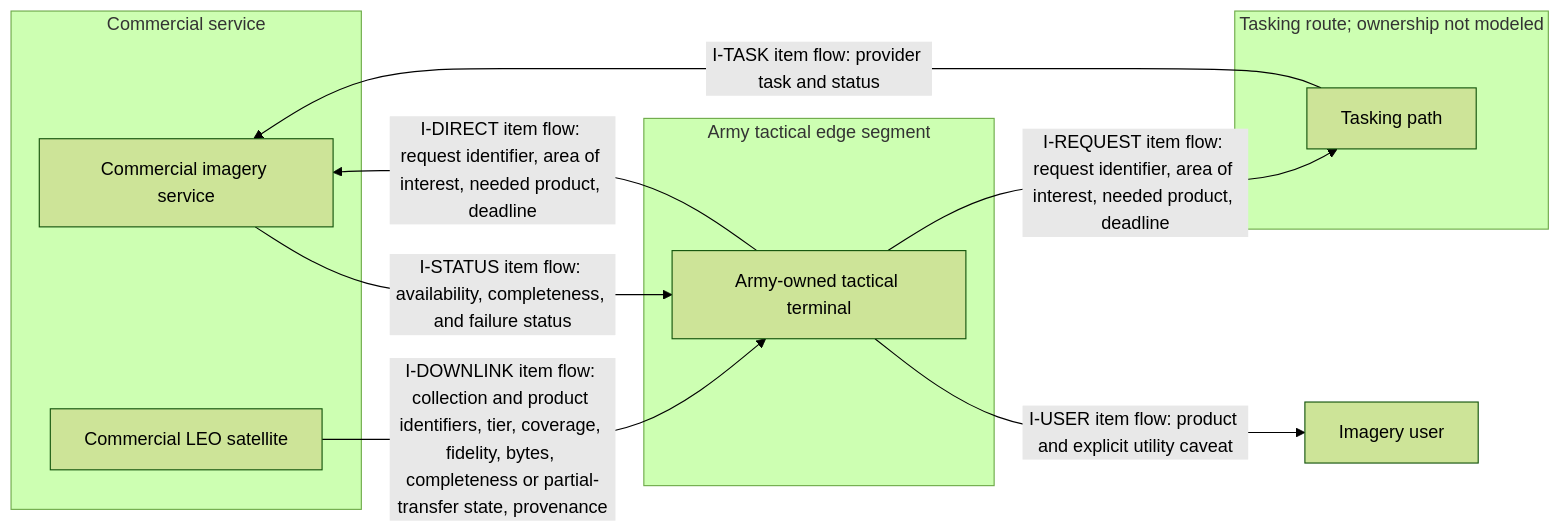
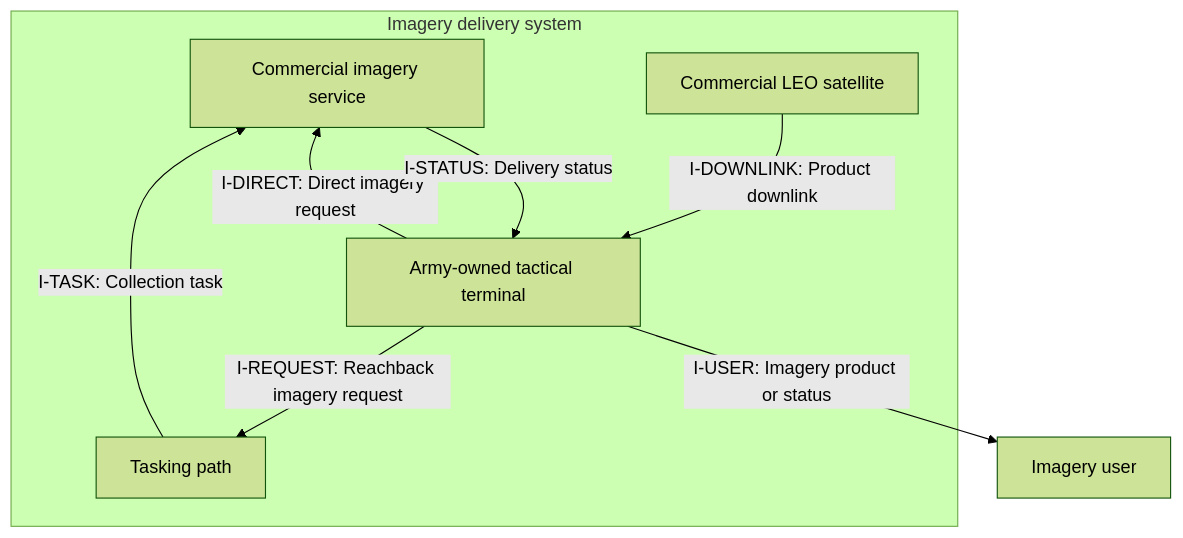
Before and after one commit to noahstephenson/leo-edge-architecture: the sixth of 14 diagrams in docs/reference/VIEWS.md, drawn with Mermaid (forest theme). The commit also changed other lines of this file and 128 other files, not shown here.

First line of the commit message:
Complete bounded architecture study and review manuscript

````diff
--- a/docs/reference/VIEWS.md
+++ b/docs/reference/VIEWS.md
@@ -127,20 +127,16 @@
 ```mermaid
-flowchart LR
-    subgraph provider_boundary ["Commercial service"]
+flowchart TB
+    subgraph delivery_system ["Imagery delivery system"]
         n_E_PROVIDER["Commercial imagery service"]
         n_E_SATELLITE["Commercial LEO satellite"]
-    end
-    subgraph army_segment ["Army tactical edge segment"]
         n_E_TERMINAL["Army-owned tactical terminal"]
-    end
-    subgraph tasking_route ["Tasking route; ownership not modeled"]
         n_E_TASKING["Tasking path"]
     end
     n_E_USER["Imagery user"]
-    n_E_TERMINAL -->|I-REQUEST item flow: request identifier, area of interest, needed product, deadline| n_E_TASKING
-    n_E_TERMINAL -->|I-DIRECT item flow: request identifier, area of interest, needed product, deadline| n_E_PROVIDER
-    n_E_TASKING -->|I-TASK item flow: provider task and status| n_E_PROVIDER
-    n_E_SATELLITE -->|I-DOWNLINK item flow: collection and product identifiers, tier, coverage, fidelity, bytes, completeness or partial-transfer state, provenance| n_E_TERMINAL
-    n_E_PROVIDER -->|I-STATUS item flow: availability, completeness, and failure status| n_E_TERMINAL
-    n_E_TERMINAL -->|I-USER item flow: product and explicit utility caveat| n_E_USER
+    n_E_TERMINAL -->|"I-REQUEST: Reachback imagery request"| n_E_TASKING
+    n_E_TERMINAL -->|"I-DIRECT: Direct imagery request"| n_E_PROVIDER
+    n_E_TASKING -->|"I-TASK: Collection task"| n_E_PROVIDER
+    n_E_SATELLITE -->|"I-DOWNLINK: Product downlink"| n_E_TERMINAL
+    n_E_PROVIDER -->|"I-STATUS: Delivery status"| n_E_TERMINAL
+    n_E_TERMINAL -->|"I-USER: Imagery product or status"| n_E_USER
 ```
````
